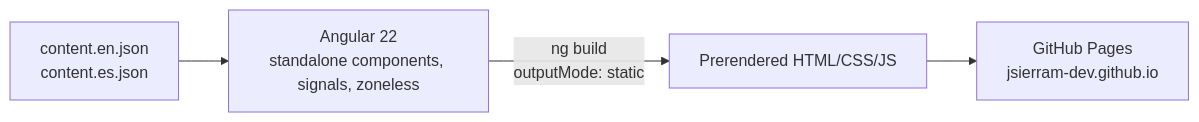
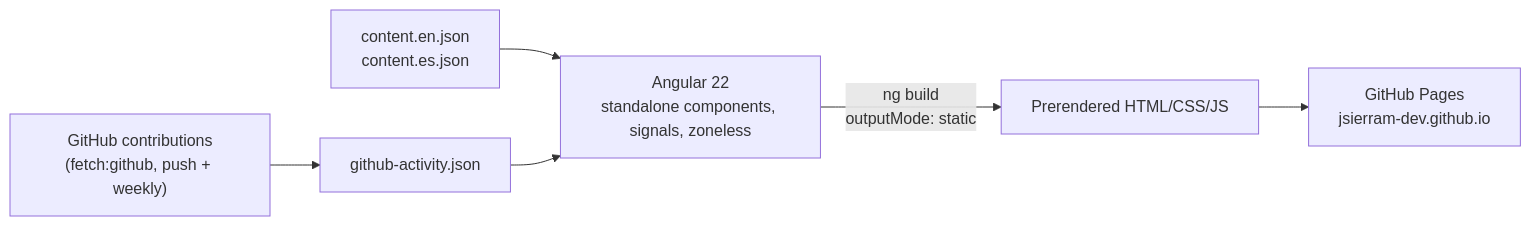
The first of 2 diagrams in README.md (jsierram-dev/jsierram-dev.github.io), drawn with Mermaid before and after one commit. The commit also changed other lines of this file, not shown here.

First line of the commit message:
📝 Docs: README reflects real GitHub activity and real content

````diff
--- a/README.md
+++ b/README.md
@@ -36,6 +36,7 @@
 ```mermaid
 flowchart LR
     JSON["content.en.json<br/>content.es.json"] --> APP["Angular 22<br/>standalone components, signals, zoneless"]
+    GH["GitHub contributions<br/>(fetch:github, push + weekly)"] --> ACT["github-activity.json"] --> APP
     APP -->|"ng build<br/>outputMode: static"| STATIC["Prerendered HTML/CSS/JS"]
     STATIC --> PAGES["GitHub Pages<br/>jsierram-dev.github.io"]
 ```
````
